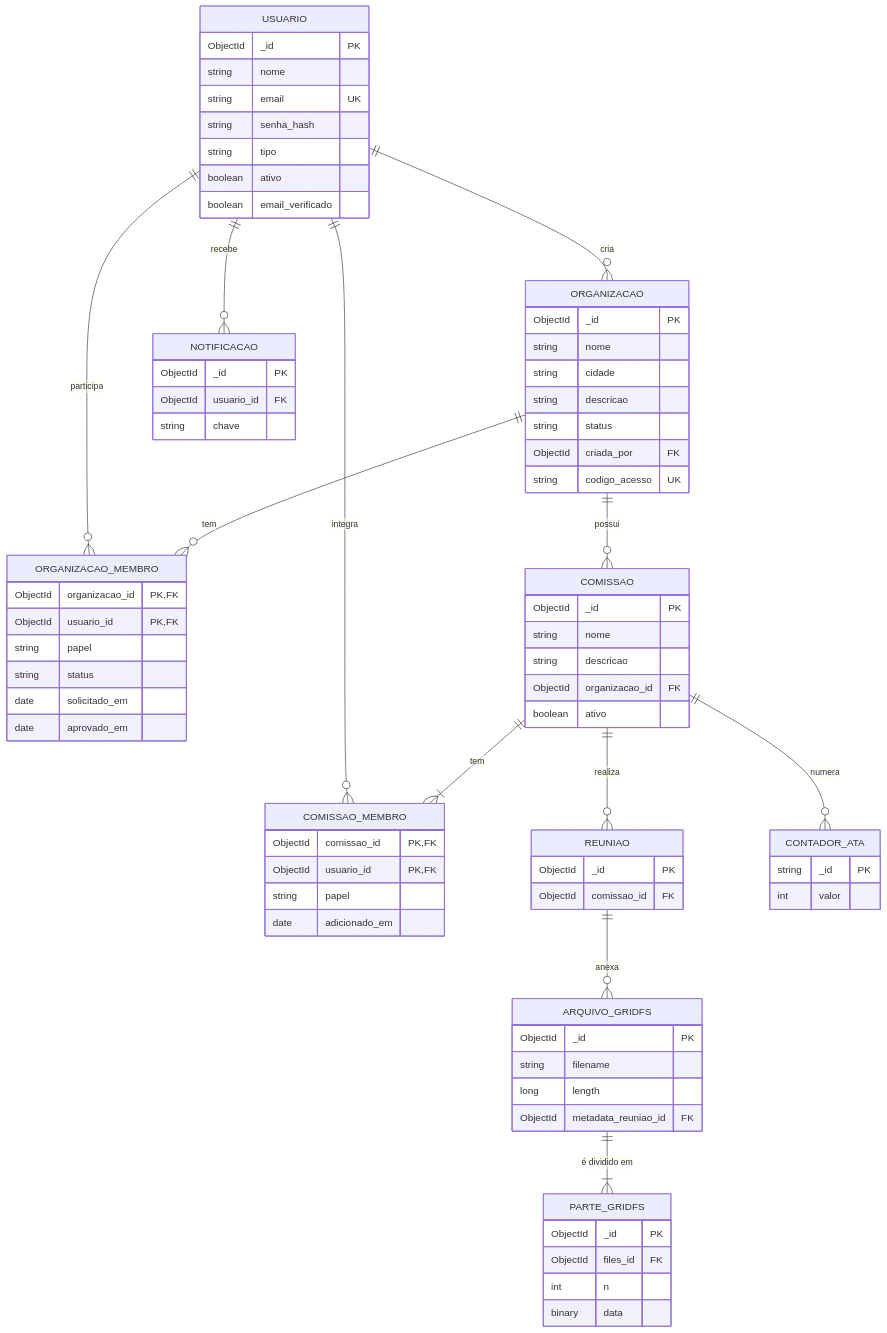
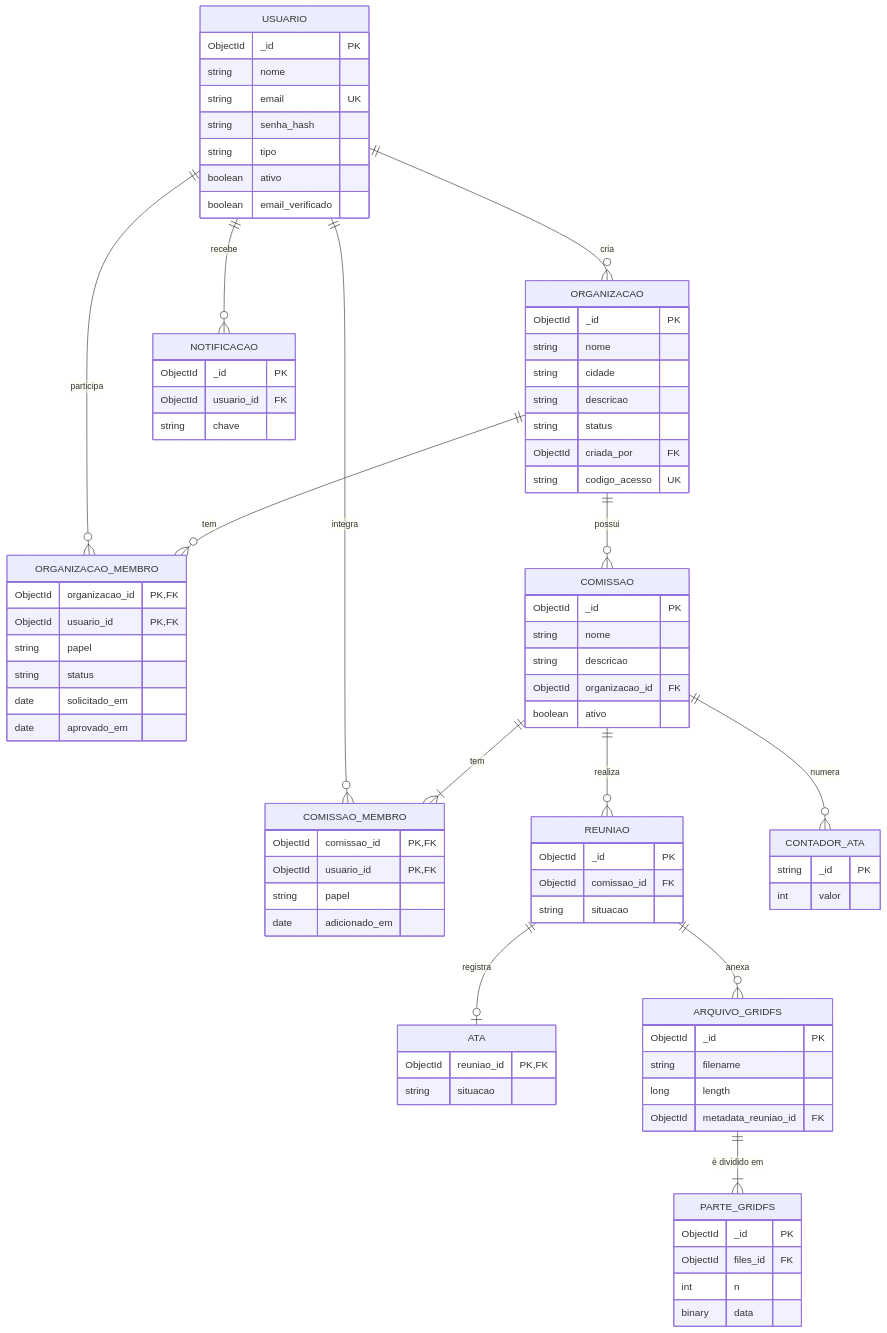
One commit to Conecta-IFSP/DOCUMENTATION changed the diagram in 2 - Incremento1/informacao-sistemas/4 - diagrama-relacional-informacao-sistemas.md. Above: the diagram before and after it, drawn with Mermaid. The commit also changed other lines of this file and 12 other files, not shown here.

```diff
--- a/2 - Incremento1/informacao-sistemas/4 - diagrama-relacional-informacao-sistemas.md
+++ b/2 - Incremento1/informacao-sistemas/4 - diagrama-relacional-informacao-sistemas.md
@@ -17,6 +17,7 @@
     COMISSAO ||--|{ COMISSAO_MEMBRO : tem
     USUARIO ||--o{ COMISSAO_MEMBRO : integra
     COMISSAO ||--o{ REUNIAO : realiza
+    REUNIAO ||--o| ATA : registra
     REUNIAO ||--o{ ARQUIVO_GRIDFS : anexa
     ARQUIVO_GRIDFS ||--|{ PARTE_GRIDFS : "é dividido em"
     COMISSAO ||--o{ CONTADOR_ATA : numera
@@ -64,6 +65,11 @@
     REUNIAO {
         ObjectId _id PK
         ObjectId comissao_id FK
+        string situacao
+    }
+    ATA {
+        ObjectId reuniao_id PK,FK
+        string situacao
     }
     ARQUIVO_GRIDFS {
         ObjectId _id PK
```
